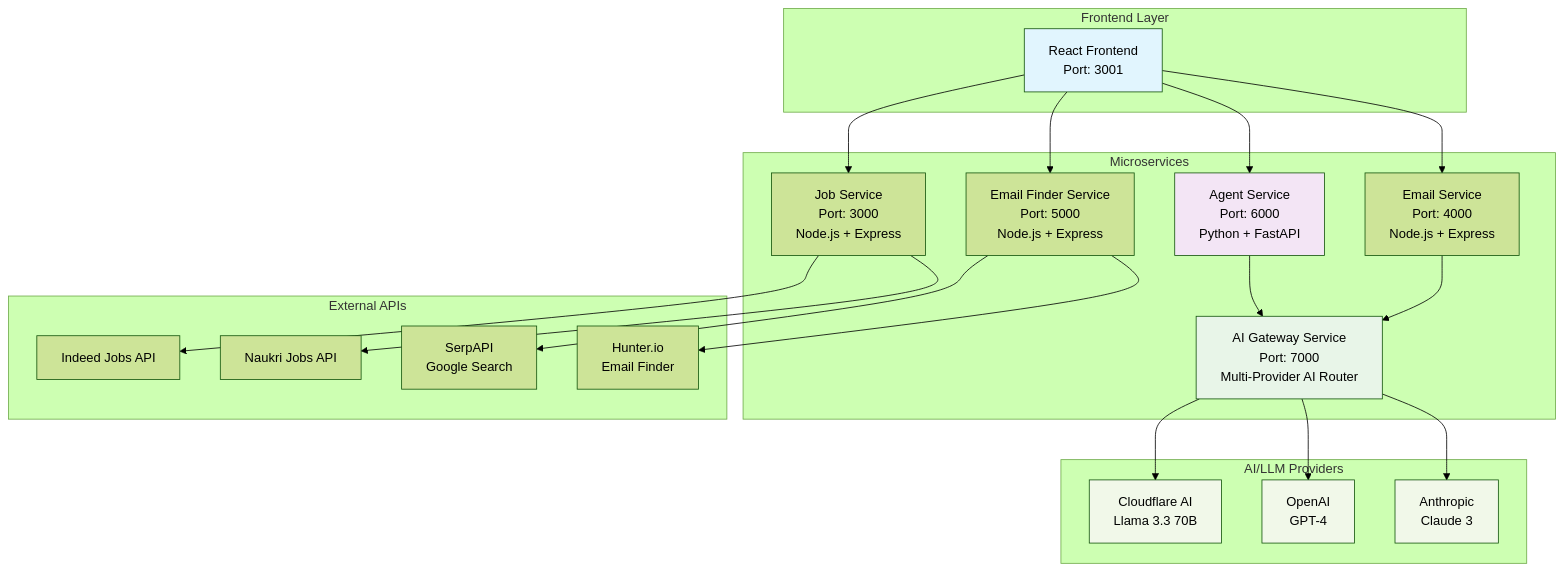
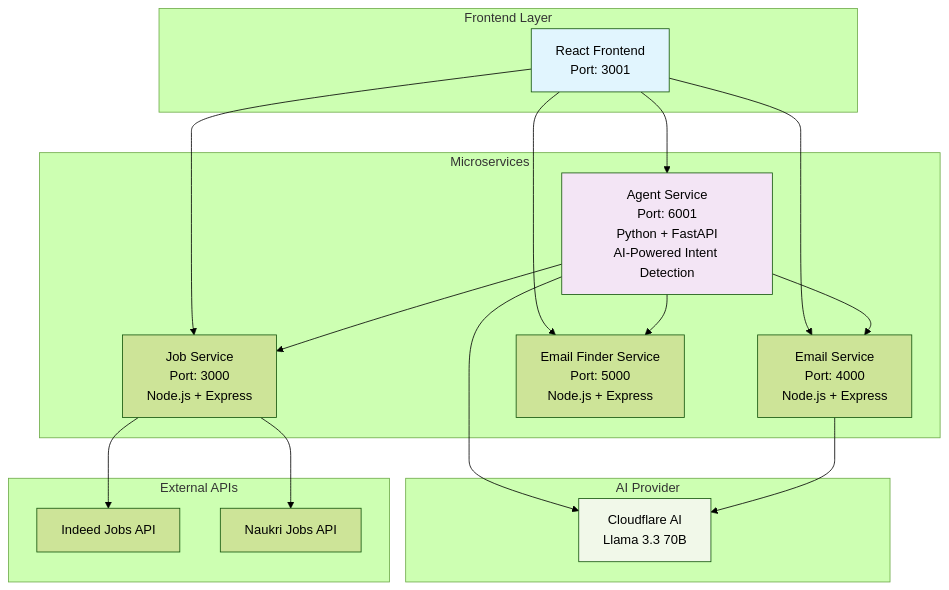
The diagram in readme.md (sanikaardekar/kong-agentic-ai), drawn with Mermaid (forest theme) before and after one commit. The commit also changed other lines of this file, not shown here.

Commit message:
updated readme of flow

````diff
--- a/readme.md
+++ b/readme.md
@@ -30,51 +30,41 @@
 ```mermaid
 graph TB
     subgraph "Frontend Layer"
         FE[React Frontend<br/>Port: 3001]
     end
     
     subgraph "Microservices"
-        AGENT[Agent Service<br/>Port: 6000<br/>Python + FastAPI]
+        AGENT[Agent Service<br/>Port: 6001<br/>Python + FastAPI<br/>AI-Powered Intent Detection]
         JOB[Job Service<br/>Port: 3000<br/>Node.js + Express]
         EMAIL[Email Service<br/>Port: 4000<br/>Node.js + Express]
         FINDER[Email Finder Service<br/>Port: 5000<br/>Node.js + Express]
-        AIGATEWAY[AI Gateway Service<br/>Port: 7000<br/>Multi-Provider AI Router]
     end
     
-    subgraph "AI/LLM Providers"
+    subgraph "AI Provider"
         CF[Cloudflare AI<br/>Llama 3.3 70B]
-        OPENAI[OpenAI<br/>GPT-4]
-        ANTHROPIC[Anthropic<br/>Claude 3]
     end
     
     subgraph "External APIs"
         INDEED[Indeed Jobs API]
         NAUKRI[Naukri Jobs API]
-        SERPAPI[SerpAPI<br/>Google Search]
-        HUNTER[Hunter.io<br/>Email Finder]
     end
     
     FE --> AGENT
     FE --> JOB
     FE --> EMAIL
     FE --> FINDER
     
-    AGENT --> AIGATEWAY
-    EMAIL --> AIGATEWAY
+    AGENT --> CF
+    AGENT --> JOB
+    AGENT --> EMAIL
+    AGENT --> FINDER
     
-    AIGATEWAY --> CF
-    AIGATEWAY --> OPENAI
-    AIGATEWAY --> ANTHROPIC
+    EMAIL --> CF
     
     JOB --> INDEED
     JOB --> NAUKRI
-    FINDER --> SERPAPI
-    FINDER --> HUNTER
     
     style FE fill:#e1f5fe
     style AGENT fill:#f3e5f5
-    style AIGATEWAY fill:#e8f5e8
     style CF fill:#f1f8e9
-    style OPENAI fill:#f1f8e9
-    style ANTHROPIC fill:#f1f8e9
 ```
````
